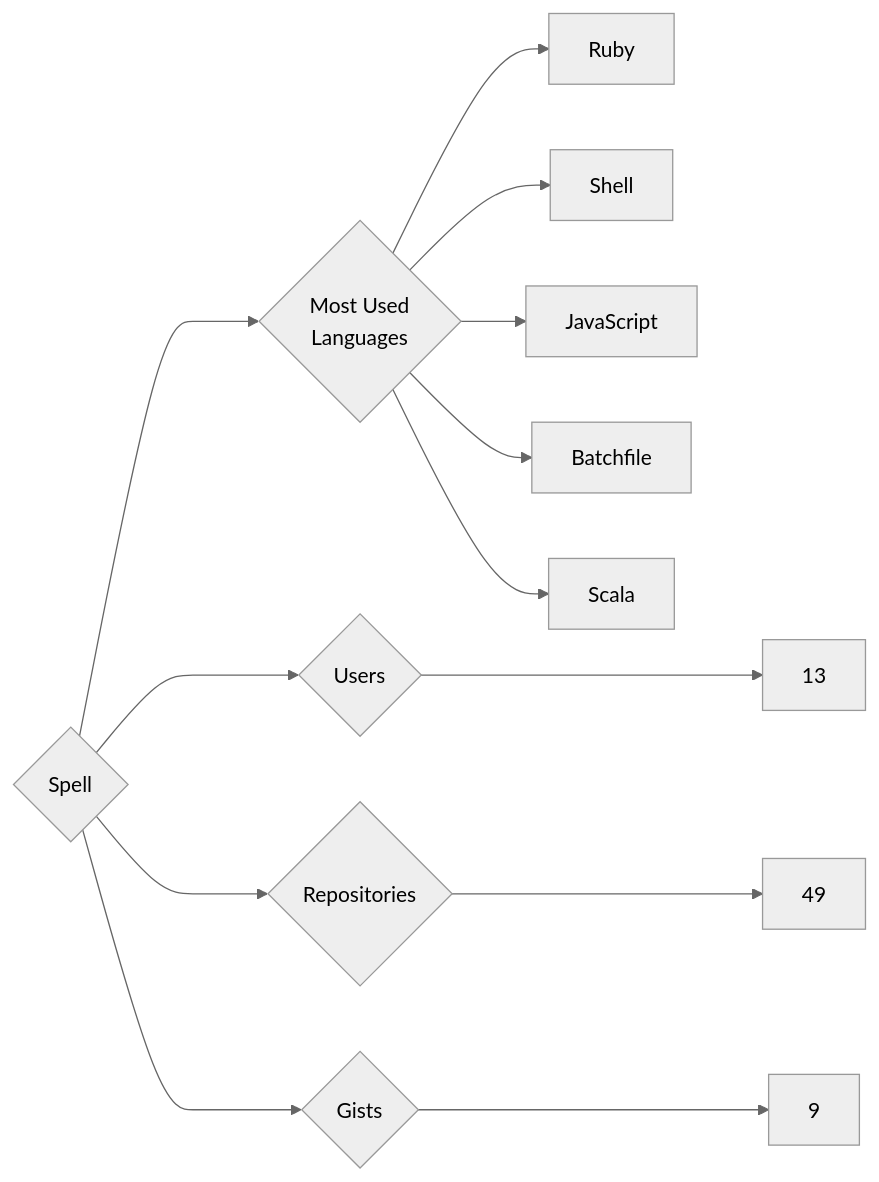
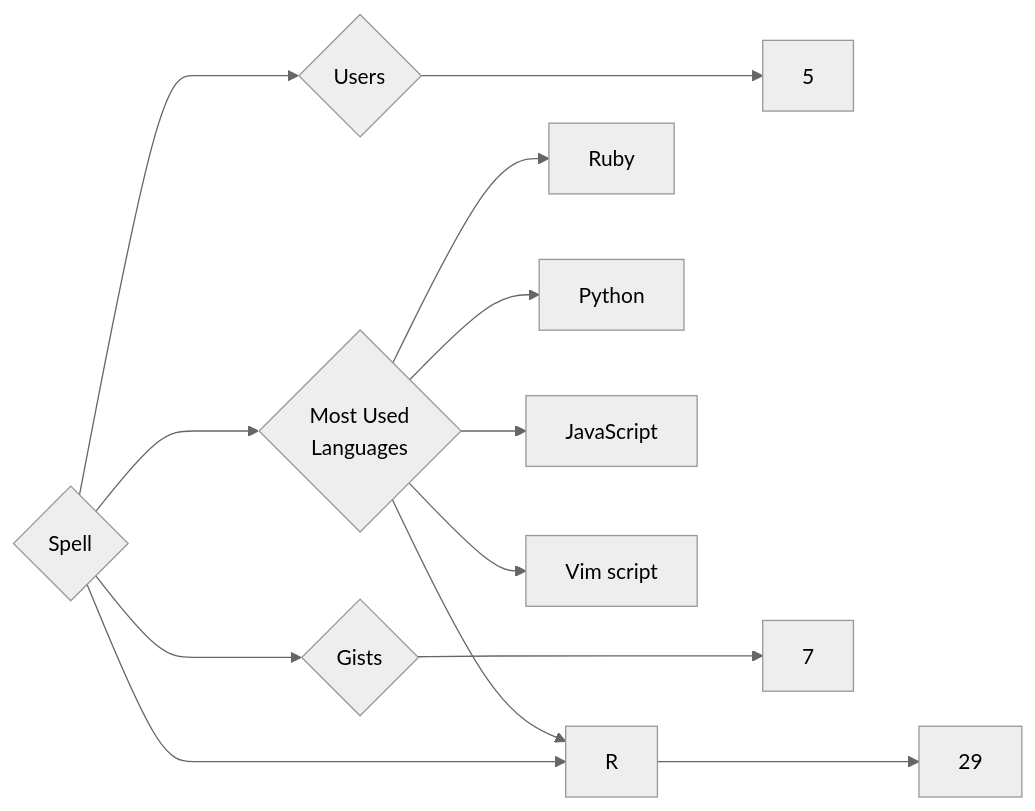
One commit to trickest/insiders changed the diagram in targets/Spell/README.md. Above: the diagram before and after it, drawn with Mermaid (neutral theme). The commit also changed 829 other files, not shown here.

````diff
--- a/targets/Spell/README.md
+++ b/targets/Spell/README.md
@@ -3,13 +3,13 @@
 ```mermaid
 graph LR
 COMPANY_NAME{Spell}
-COMPANY_NAME ---> U{Users} ---> UN[13]
-COMPANY_NAME ---> R{Repositories} ---> RN[49]
-COMPANY_NAME ---> G{Gists} ---> GN[9]
+COMPANY_NAME ---> U{Users} ---> UN[5]
+COMPANY_NAME ---> R{Repositories} ---> RN[29]
+COMPANY_NAME ---> G{Gists} ---> GN[7]
 COMPANY_NAME ---> ML{Most Used<br>Languages}
 ML --> Ruby[Ruby]
-ML --> Shell[Shell]
+ML --> Python[Python]
 ML --> JavaScript[JavaScript]
-ML --> Batchfile[Batchfile]
-ML --> Scala[Scala]
+ML --> R[R]
+ML --> Vim_script[Vim script]
 ```
````
